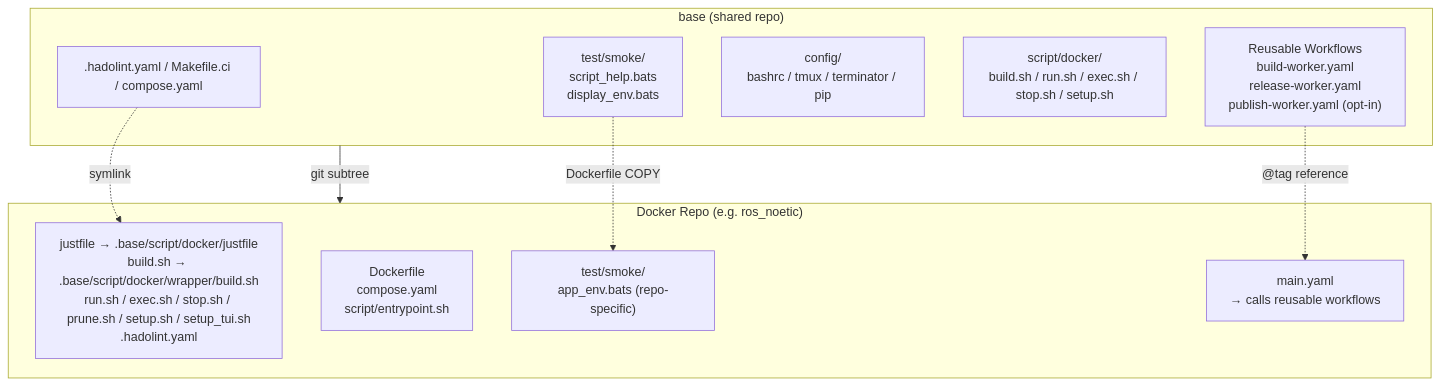
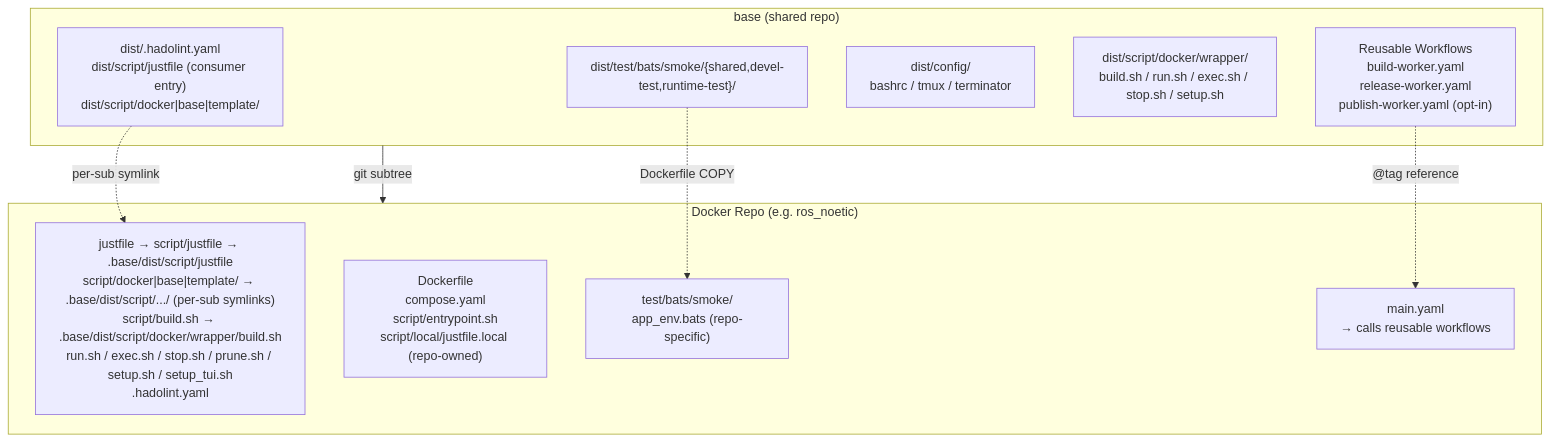
One commit to ycpss91255-lab/jetson_sdk_manager changed the first of 2 diagrams in README.md. Above: the diagram before and after it, drawn with Mermaid. The commit also changed other lines of this file and 1202 other files, not shown here.

````diff
--- a/README.md
+++ b/README.md
@@ -56,22 +95,22 @@
 ```mermaid
 graph TB
     subgraph base["base (shared repo)"]
-        scripts[".hadolint.yaml / Makefile.ci / compose.yaml"]
-        smoke["test/smoke/<br/>script_help.bats<br/>display_env.bats"]
-        config["config/<br/>bashrc / tmux / terminator / pip"]
-        mgmt["script/docker/<br/>build.sh / run.sh / exec.sh / stop.sh / setup.sh"]
+        scripts["dist/.hadolint.yaml<br/>dist/script/justfile (consumer entry)<br/>dist/script/docker|base|template/"]
+        smoke["dist/test/bats/smoke/{shared,devel-test,runtime-test}/"]
+        config["dist/config/<br/>bashrc / tmux / terminator"]
+        mgmt["dist/script/docker/wrapper/<br/>build.sh / run.sh / exec.sh / stop.sh / setup.sh"]
         workflows["Reusable Workflows<br/>build-worker.yaml<br/>release-worker.yaml<br/>publish-worker.yaml (opt-in)"]
     end
 
     subgraph consumer["Docker Repo (e.g. ros_noetic)"]
-        symlinks["justfile → .base/script/docker/justfile<br/>build.sh → .base/script/docker/wrapper/build.sh<br/>run.sh / exec.sh / stop.sh / prune.sh / setup.sh / setup_tui.sh<br/>.hadolint.yaml"]
-        dockerfile["Dockerfile<br/>compose.yaml<br/>script/entrypoint.sh"]
-        repo_test["test/smoke/<br/>app_env.bats (repo-specific)"]
+        symlinks["justfile → script/justfile → .base/dist/script/justfile<br/>script/docker|base|template/ → .base/dist/script/.../ (per-sub symlinks)<br/>script/build.sh → .base/dist/script/docker/wrapper/build.sh<br/>run.sh / exec.sh / stop.sh / prune.sh / setup.sh / setup_tui.sh<br/>.hadolint.yaml"]
+        dockerfile["Dockerfile<br/>compose.yaml<br/>script/entrypoint.sh<br/>script/local/justfile.local (repo-owned)"]
+        repo_test["test/bats/smoke/<br/>app_env.bats (repo-specific)"]
         main_yaml["main.yaml<br/>→ calls reusable workflows"]
     end
 
     base -- "git subtree" --> consumer
-    scripts -. symlink .-> symlinks
+    scripts -. "per-sub symlink" .-> symlinks
     smoke -. "Dockerfile COPY" .-> repo_test
     workflows -. "@tag reference" .-> main_yaml
 ```
````
